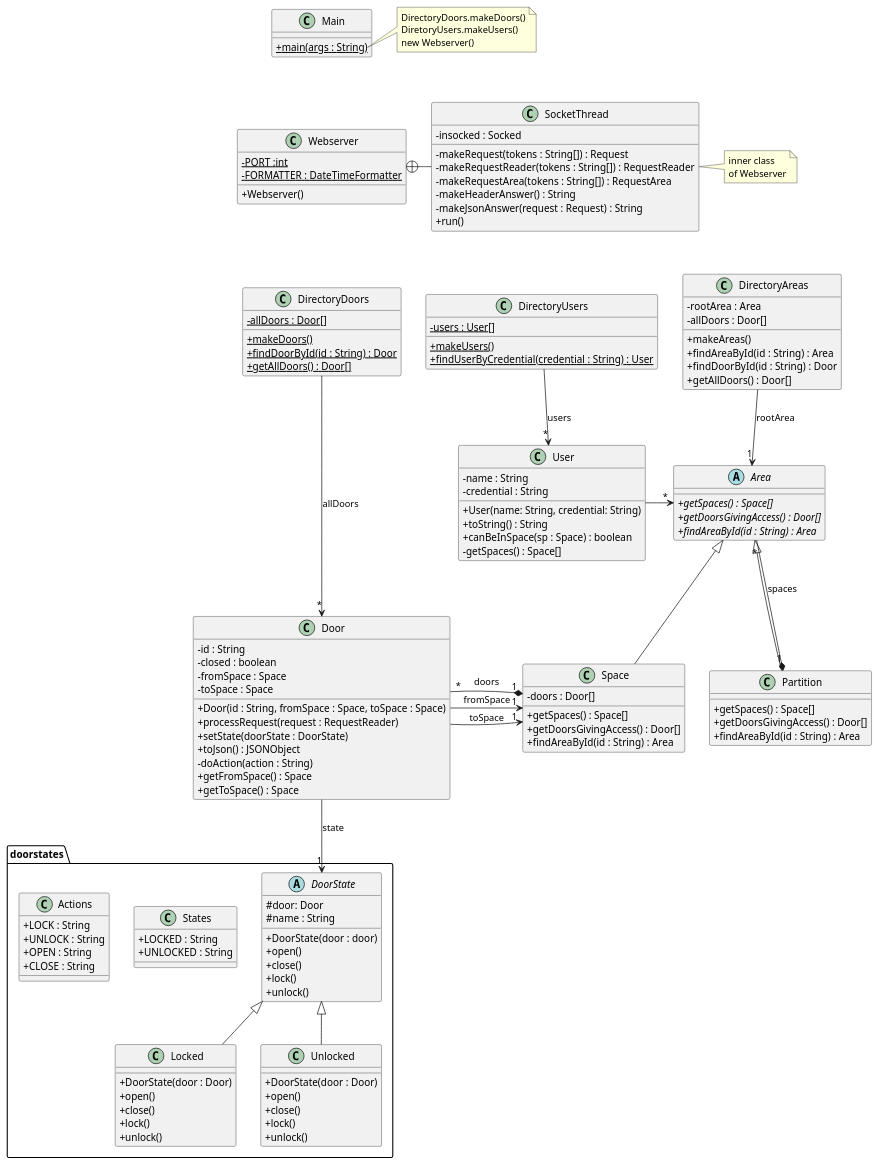
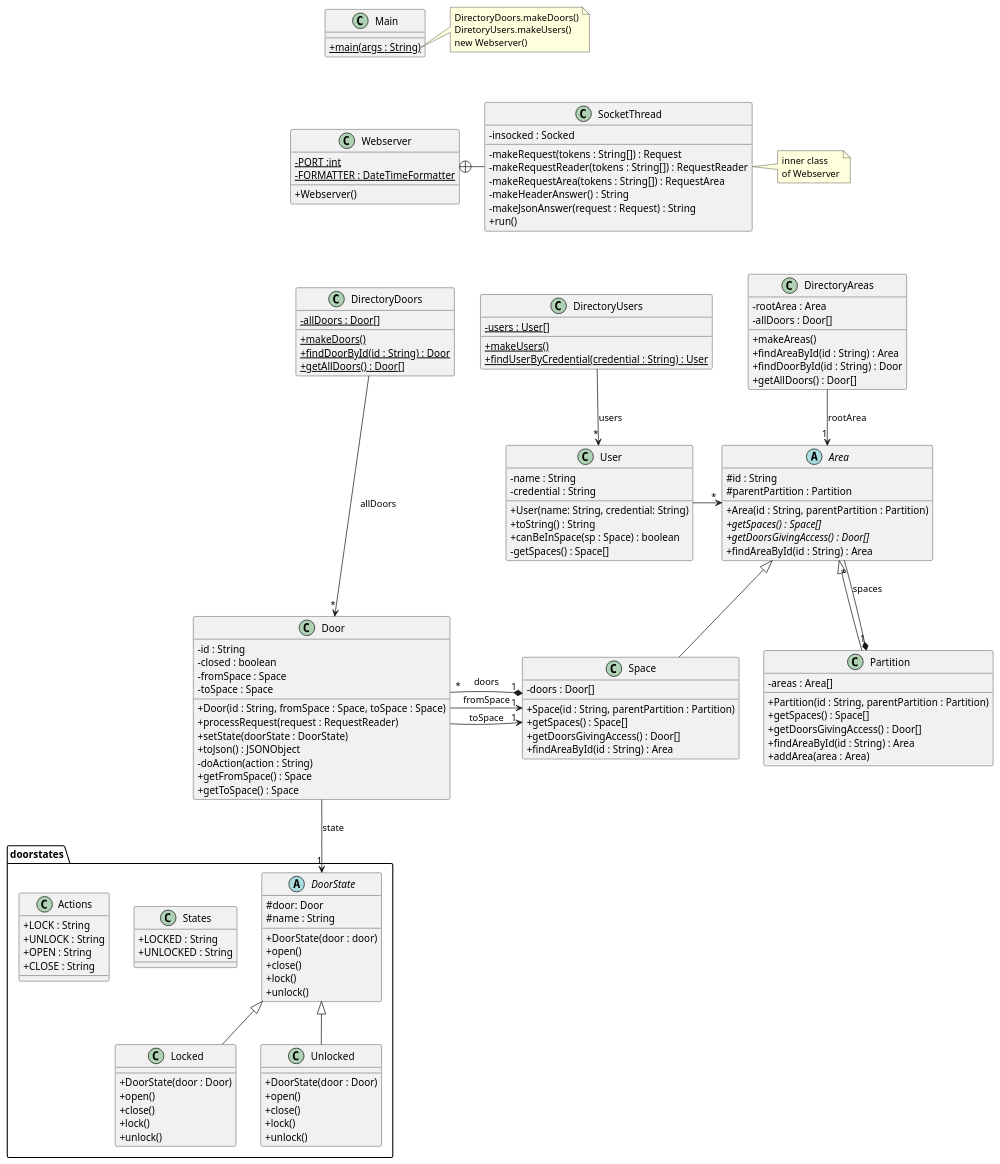
Before and after one commit to leonhrt/DSW-ACS: the diagram in src/baseNoStates/uml/base_no_states.puml, drawn with PlantUML. The commit also changed 7 other files, not shown here.

```diff
--- a/src/baseNoStates/uml/base_no_states.puml
+++ b/src/baseNoStates/uml/base_no_states.puml
@@ -1,168 +1,175 @@
 @startuml
 'https://plantuml.com/class-diagram
 skinparam classAttributeIconSize 0
 
 class Webserver {
 - {static} PORT :int
 - {static} FORMATTER : DateTimeFormatter
 + Webserver()
 }
 
 class SocketThread {
 - insocked : Socked
 - makeRequest(tokens : String[]) : Request
 - makeRequestReader(tokens : String[]) : RequestReader
 - makeRequestArea(tokens : String[]) : RequestArea
 - makeHeaderAnswer() : String
 - makeJsonAnswer(request : Request) : String
 + run()
 }
 
 Webserver +-right- SocketThread
 
 note right of SocketThread
 inner class
 of Webserver
 end note
 
 class DirectoryDoors {
 - {static} allDoors : Door[]
 + {static} makeDoors()
 + {static} findDoorById(id : String) : Door
 + {static} getAllDoors() : Door[]
 }
 
 DirectoryDoors --> "*" Door : "allDoors"
 
 class DirectoryUsers {
 - {static} users : User[]
 + {static} makeUsers()
 + {static} findUserByCredential(credential : String) : User
 }
 
 DirectoryUsers --> "*" User : "users"
 
 class Door {
 - id : String
 - closed : boolean
 - fromSpace : Space
 - toSpace : Space
 + Door(id : String, fromSpace : Space, toSpace : Space)
 + processRequest(request : RequestReader)
 + setState(doorState : DoorState)
 + toJson() : JSONObject
 '+ toString() : String
 '+ isClosed() :boolean
 '+ setClosed(b : boolean)
 '+ getStateName() : String
 - doAction(action : String)
 + getFromSpace() : Space
 + getToSpace() : Space
 }
 
 class Space extends Area{
 -doors : Door[]
++Space(id : String, parentPartition : Partition)
 +getSpaces() : Space[]
 +getDoorsGivingAccess() : Door[]
 +findAreaById(id : String) : Area
 }
 
 class Partition extends Area{
+-areas : Area[]
++Partition(id : String, parentPartition : Partition)
 +getSpaces() : Space[]
 +getDoorsGivingAccess() : Door[]
 +findAreaById(id : String) : Area
++addArea(area : Area)
 }
 
 
 package "doorstates" {
 abstract class DoorState{
 # door: Door
 #name : String
 +DoorState(door : door)
 +open()
 +close()
 +lock()
 +unlock()
 }
 
 class Locked extends DoorState{
 +DoorState(door : Door)
 +open()
 +close()
 +lock()
 +unlock()
 }
 
 class Unlocked extends DoorState{
 +DoorState(door : Door)
 +open()
 +close()
 +lock()
 +unlock()
 }
 
 class States{
 +LOCKED : String
 +UNLOCKED : String
 }
 
 class Actions{
 +LOCK : String
 +UNLOCK : String
 +OPEN : String
 + CLOSE : String
 }
 }
 
 class DirectoryAreas{
 -rootArea : Area
 -allDoors : Door[]
 +makeAreas()
 +findAreaById(id : String) : Area
 +findDoorById(id : String) : Door
 +getAllDoors() : Door[]
 }
 
 
 
 
 class User {
 - name : String
 - credential : String
 + User(name: String, credential: String)
 + toString() : String
 + canBeInSpace(sp : Space) : boolean
 - getSpaces() : Space[]
 }
 
 abstract Class Area{
+#id : String
+#parentPartition : Partition
++Area(id : String, parentPartition : Partition)
 +{abstract}getSpaces() : Space[]
 +{abstract}getDoorsGivingAccess() : Door[]
-+{abstract}findAreaById(id : String) : Area
++findAreaById(id : String) : Area
 }
 
 
 class Main {
 + {static} main(args : String)
 }
 
 note right of Main::main
 DirectoryDoors.makeDoors()
 DiretoryUsers.makeUsers()
 new Webserver()
 end note
 
 Main -[hidden]down- Webserver
 Webserver -[hidden]down- DirectoryDoors
 DirectoryDoors -[hidden]right- DirectoryUsers
 
 
 Door --> " 1" DoorState : state
 Door -> "1" Space : fromSpace
 Door -> "1" Space : toSpace
 Space "1" *-left- "*" Door : doors
 User -> "*" Area
 Partition "1" *-- "*" Area : spaces
 DirectoryAreas -down-> "1" Area : rootArea
 
 @enduml
```
